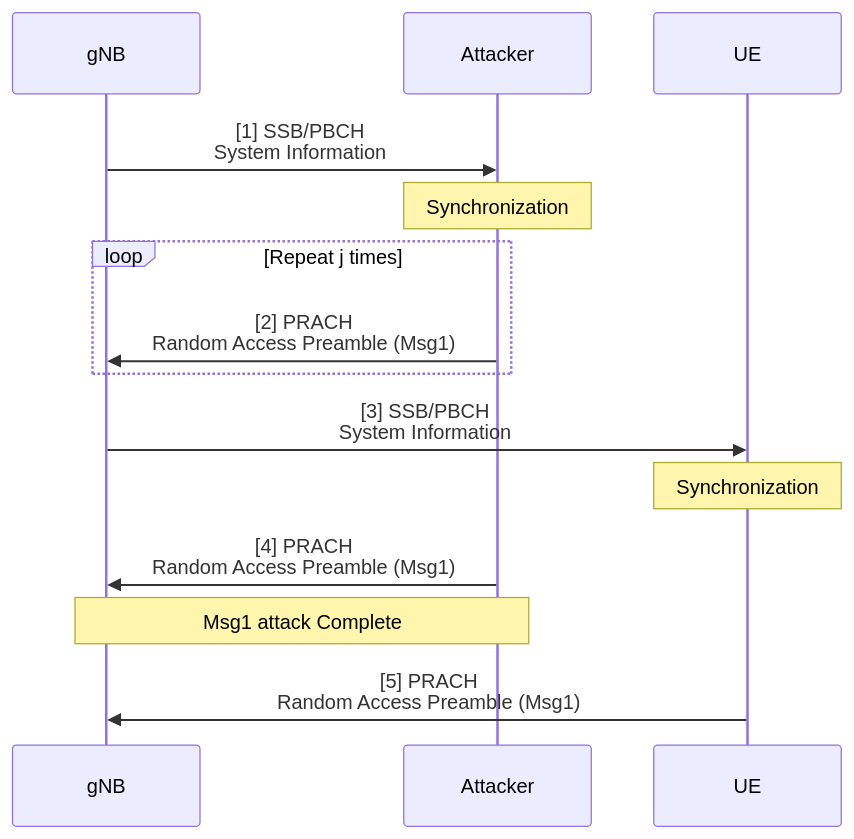
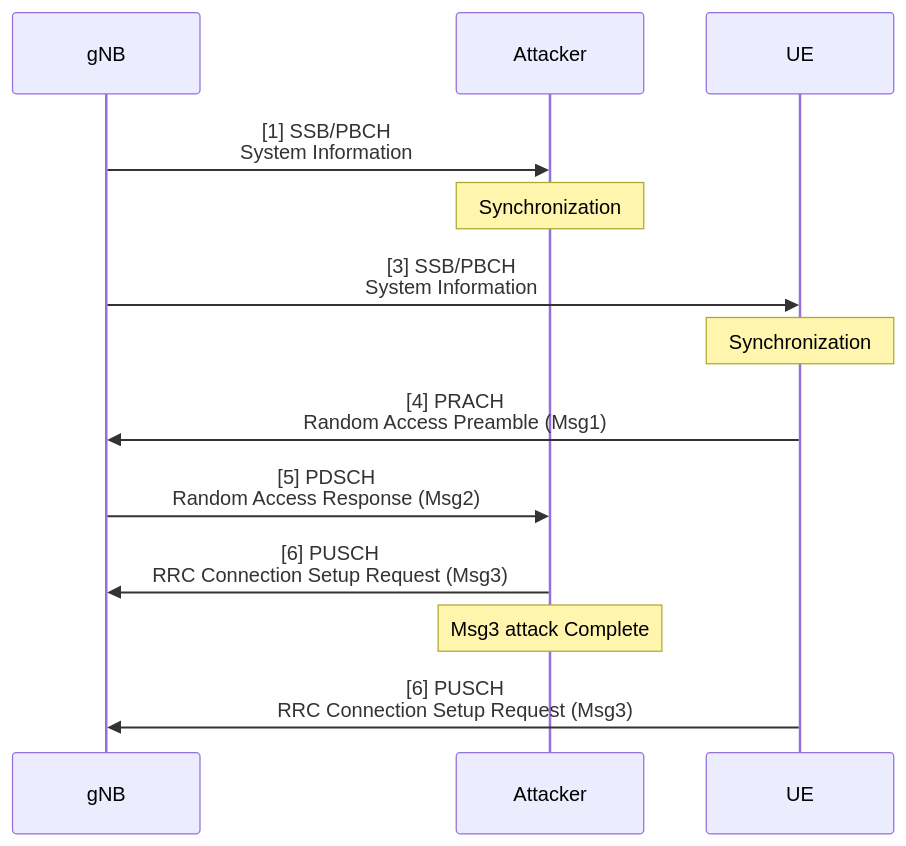
Before and after one commit to bmw-ece-ntust/wilfrid-prach-attack-analysis: the first of 3 diagrams in docs/Thesis (Basic Msg3 Model).md, drawn with Mermaid.

Commit message:
Update Thesis (Basic Msg3 Model).md

````diff
--- a/docs/Thesis (Basic Msg3 Model).md
+++ b/docs/Thesis (Basic Msg3 Model).md
@@ -21,13 +21,12 @@
 ```mermaid
 sequenceDiagram
     gNB->>Attacker: [1] SSB/PBCH<br/>System Information
     Note over Attacker: Synchronization
-    loop Repeat j times
-        Attacker->>gNB: [2] PRACH<br/>Random Access Preamble (Msg1)
-    end
     gNB->>UE: [3] SSB/PBCH<br/>System Information
     Note over UE: Synchronization
-    Attacker->>gNB: [4] PRACH<br/>Random Access Preamble (Msg1)
-    Note over gNB,Attacker: Msg1 attack Complete
-    UE->>gNB: [5] PRACH<br/>Random Access Preamble (Msg1)
+    UE->>gNB: [4] PRACH<br/>Random Access Preamble (Msg1)
+    gNB->>Attacker: [5] PDSCH<br/>Random Access Response (Msg2)
+    Attacker->>gNB: [6] PUSCH<br/>RRC Connection Setup Request (Msg3)
+    Note over Attacker: Msg3 attack Complete
+    UE->>gNB: [6] PUSCH<br/>RRC Connection Setup Request (Msg3)
 ```
````
